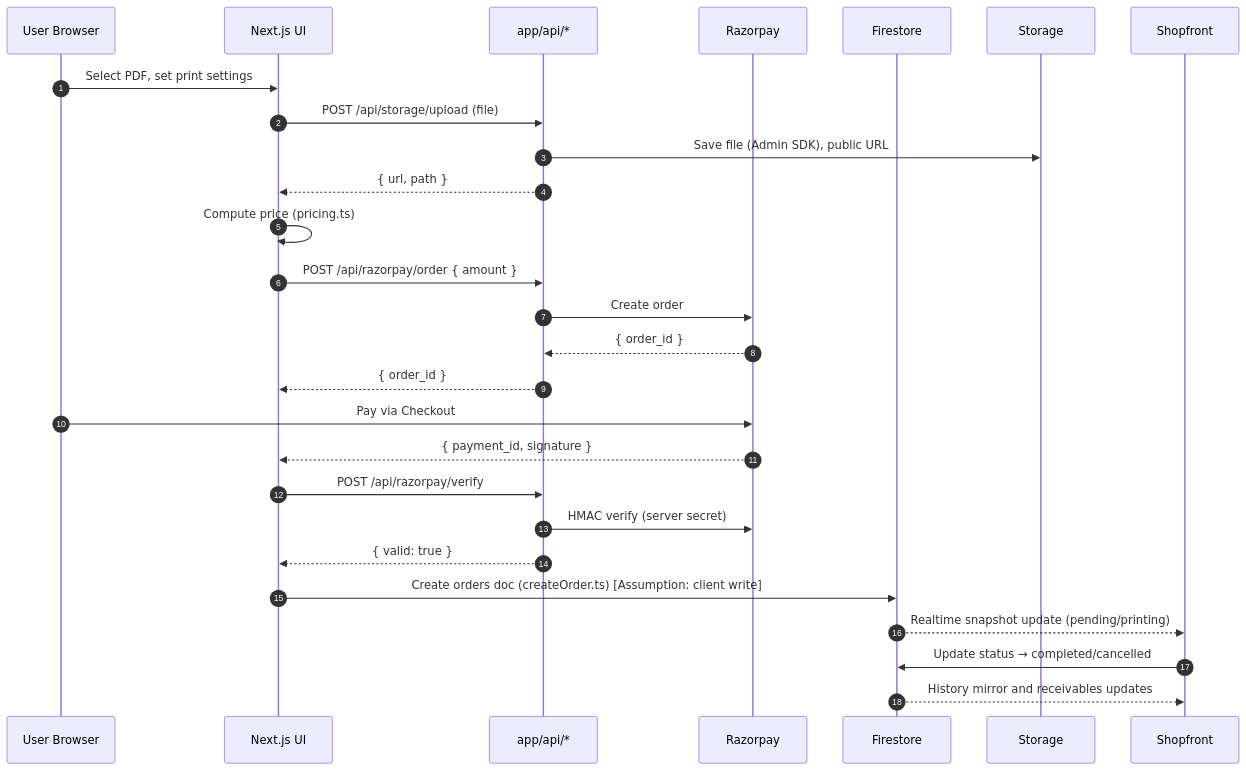
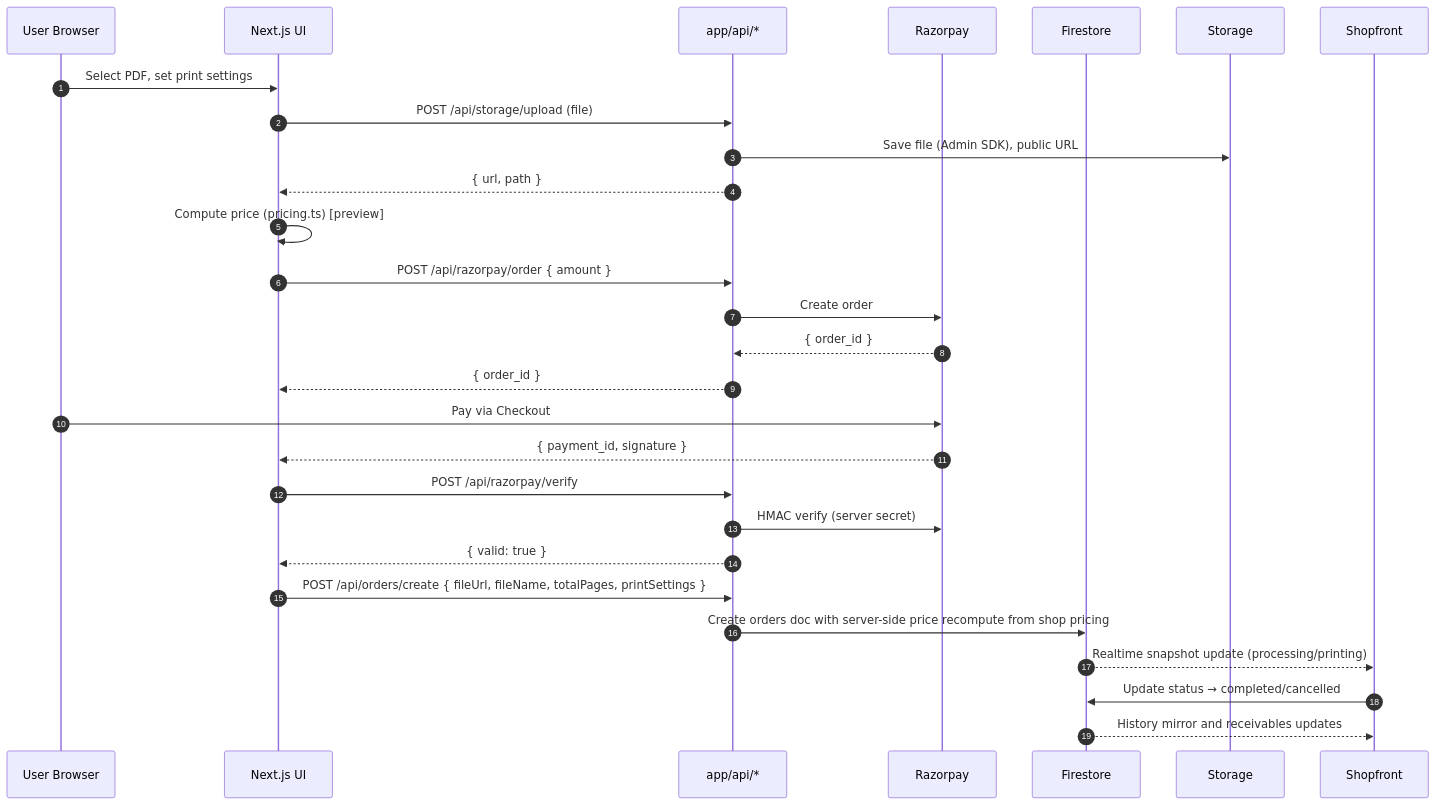
One commit to KelvinRobert404/PeasyPrints changed the third of 3 diagrams in docs/00-overview.md. Above: the diagram before and after it, drawn with Mermaid. The commit also changed other lines of this file and 5 other files, not shown here.

Commit message:
docs: update current 'Document' print config flow, server recompute, API reference, frontend, and shopfront docs

````diff
--- a/docs/00-overview.md
+++ b/docs/00-overview.md
@@ -89,30 +89,31 @@
 ```mermaid
 sequenceDiagram
   autonumber
   participant U as User Browser
   participant FE as Next.js UI
   participant API as app/api/*
   participant RZP as Razorpay
   participant FS as Firestore
   participant ST as Storage
   participant SF as Shopfront
 
   U->>FE: Select PDF, set print settings
   FE->>API: POST /api/storage/upload (file)
   API->>ST: Save file (Admin SDK), public URL
   API-->>FE: { url, path }
-  FE->>FE: Compute price (pricing.ts)
+  FE->>FE: Compute price (pricing.ts) [preview]
   FE->>API: POST /api/razorpay/order { amount }
   API->>RZP: Create order
   RZP-->>API: { order_id }
   API-->>FE: { order_id }
   U->>RZP: Pay via Checkout
   RZP-->>FE: { payment_id, signature }
   FE->>API: POST /api/razorpay/verify
   API->>RZP: HMAC verify (server secret)
   API-->>FE: { valid: true }
-  FE->>FS: Create orders doc (createOrder.ts) [Assumption: client write]
-  FS-->>SF: Realtime snapshot update (pending/printing)
+  FE->>API: POST /api/orders/create { fileUrl, fileName, totalPages, printSettings }
+  API->>FS: Create orders doc with server-side price recompute from shop pricing
+  FS-->>SF: Realtime snapshot update (processing/printing)
   SF->>FS: Update status → completed/cancelled
   FS-->>SF: History mirror and receivables updates
 ```
````
